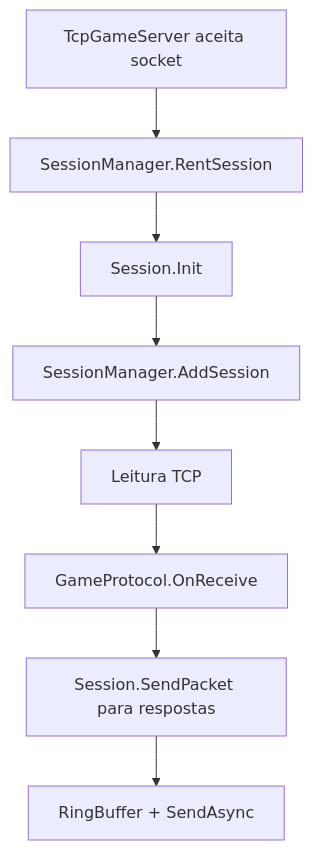
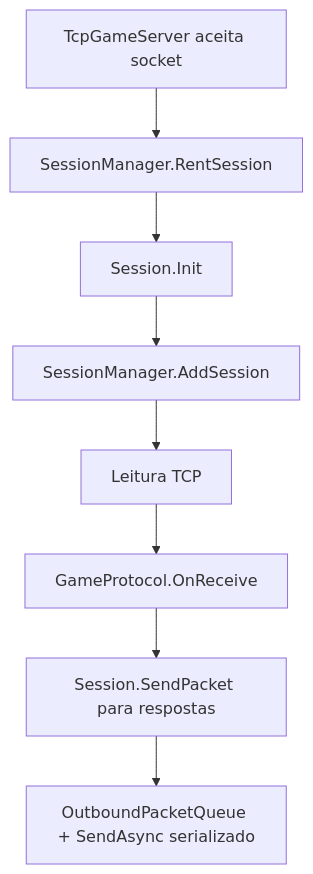
Before and after one commit to rootIV/SecondBrain: the diagram in SecondBrain/Projects/Aika OG/Services/Aika OG - SessionManager.md, drawn with Mermaid. The commit also changed other lines of this file and 15 other files, not shown here.

````diff
--- a/SecondBrain/Projects/Aika OG/Services/Aika OG - SessionManager.md
+++ b/SecondBrain/Projects/Aika OG/Services/Aika OG - SessionManager.md
@@ -25,10 +29,10 @@
 ```mermaid
 flowchart TD
     A["TcpGameServer aceita socket"] --> B["SessionManager.RentSession"]
     B --> C["Session.Init"]
     C --> D["SessionManager.AddSession"]
     D --> E["Leitura TCP"]
     E --> F["GameProtocol.OnReceive"]
     F --> G["Session.SendPacket para respostas"]
-    G --> H["RingBuffer + SendAsync"]
+    G --> H["OutboundPacketQueue + SendAsync serializado"]
 ```
````
